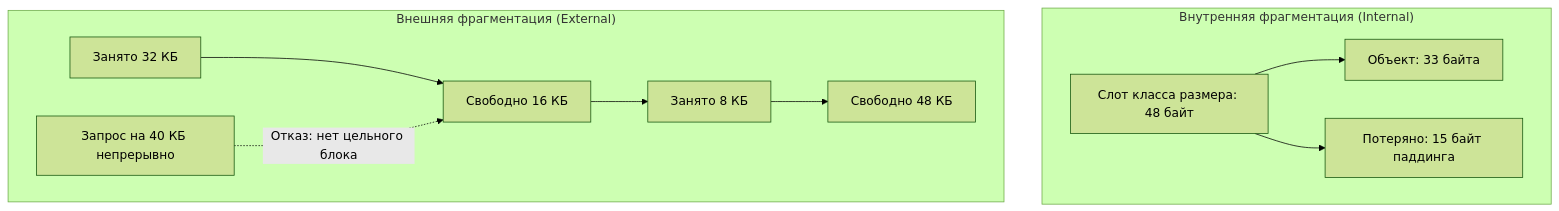
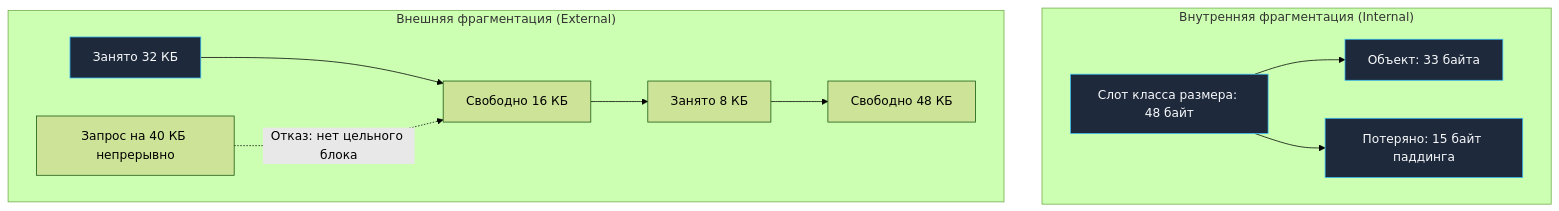
One commit to UnrealTemplier/go-textbook changed the first of 2 diagrams in sources/16. Профилирование, отладка и производительность/04. Memory profiling/7. Fragmentation.md. Above: the diagram before and after it, drawn with Mermaid (forest theme). The commit also changed other lines of this file and 1666 other files, not shown here.

First line of the commit message:
feat(mermaid): add semantic color classDef to 1369 colorless flowchart/graph diagrams

````diff
--- a/sources/16. Профилирование, отладка и производительность/04. Memory profiling/7. Fragmentation.md
+++ b/sources/16. Профилирование, отладка и производительность/04. Memory profiling/7. Fragmentation.md
@@ -28,16 +28,26 @@
 ```mermaid
 flowchart TD
+    classDef process  fill:#1e293b,stroke:#38bdf8,stroke-width:1px,color:#f8fafc
+    classDef success  fill:#064e3b,stroke:#34d399,stroke-width:1px,color:#f8fafc
+    classDef error    fill:#7f1d1d,stroke:#f87171,stroke-width:1px,color:#f8fafc
+    classDef warning  fill:#78350f,stroke:#fbbf24,stroke-width:1px,color:#f8fafc
+    classDef entry    fill:#1e3a5f,stroke:#38bdf8,stroke-width:2px,color:#f8fafc
+    classDef aux      fill:#334155,stroke:#64748b,stroke-width:1px,color:#f8fafc
+    classDef system   fill:#312e81,stroke:#a78bfa,stroke-width:1px,color:#f8fafc
+    classDef data     fill:#132d29,stroke:#2dd4bf,stroke-width:1px,color:#f8fafc
+    classDef network  fill:#881337,stroke:#fb7185,stroke-width:1px,color:#f8fafc
+    classDef accent   fill:#1e1b4b,stroke:#818cf8,stroke-width:1px,color:#f8fafc
     subgraph "Внутренняя фрагментация (Internal)"
-        Slot["Слот класса размера: 48 байт"]
-        Obj["Объект: 33 байта"]
-        Lost["Потеряно: 15 байт паддинга"]
+        Slot["Слот класса размера: 48 байт"]:::process
+        Obj["Объект: 33 байта"]:::process
+        Lost["Потеряно: 15 байт паддинга"]:::process
         Slot --> Obj
         Slot --> Lost
     end
     subgraph "Внешняя фрагментация (External)"
-        Page1["Занято 32 КБ"] --> Free1["Свободно 16 КБ"]
+        Page1["Занято 32 КБ"]:::process --> Free1["Свободно 16 КБ"]
         Free1 --> Page2["Занято 8 КБ"]
         Page2 --> Free2["Свободно 48 КБ"]
         Req["Запрос на 40 КБ непрерывно"] -.->|"Отказ: нет цельного блока"| Free1
     end
 ```
````
